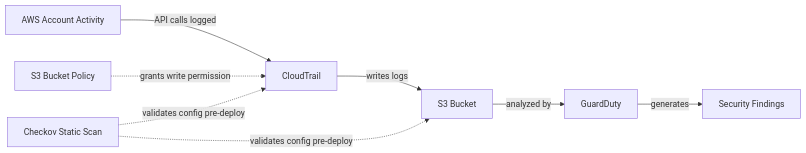
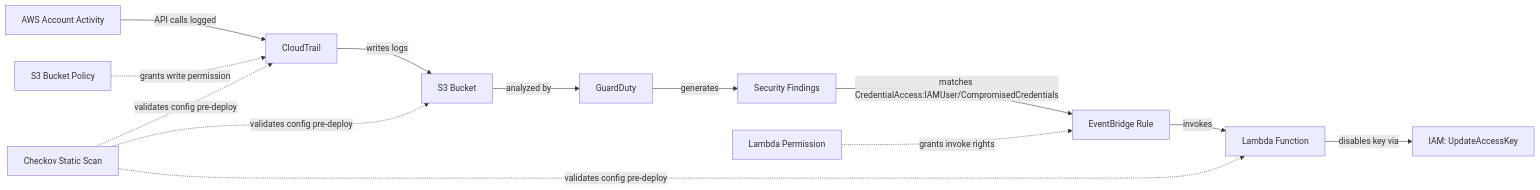
One commit to tadiwah-alt/cloud-siem-detection-lab changed the diagram in README.md. Above: the diagram before and after it, drawn with Mermaid. The commit also changed other lines of this file, not shown here.

Commit message:
Lambda auto-remediation added

````diff
--- a/README.md
+++ b/README.md
@@ -16,11 +16,16 @@
 ```mermaid
 flowchart LR
     A[AWS Account Activity] -->|API calls logged| B[CloudTrail]
     B -->|writes logs| C[S3 Bucket]
     C -->|analyzed by| D[GuardDuty]
     D -->|generates| E[Security Findings]
+    E -->|matches CredentialAccess:IAMUser/CompromisedCredentials| F[EventBridge Rule]
+    F -->|invokes| G[Lambda Function]
+    G -->|disables key via| H[IAM: UpdateAccessKey]
 
-    F[S3 Bucket Policy] -.->|grants write permission| B
-    G[Checkov Static Scan] -.->|validates config pre-deploy| C
-    G -.->|validates config pre-deploy| B
+    I[S3 Bucket Policy] -.->|grants write permission| B
+    J[Lambda Permission] -.->|grants invoke rights| F
+    K[Checkov Static Scan] -.->|validates config pre-deploy| C
+    K -.->|validates config pre-deploy| B
+    K -.->|validates config pre-deploy| G
 ```
````
